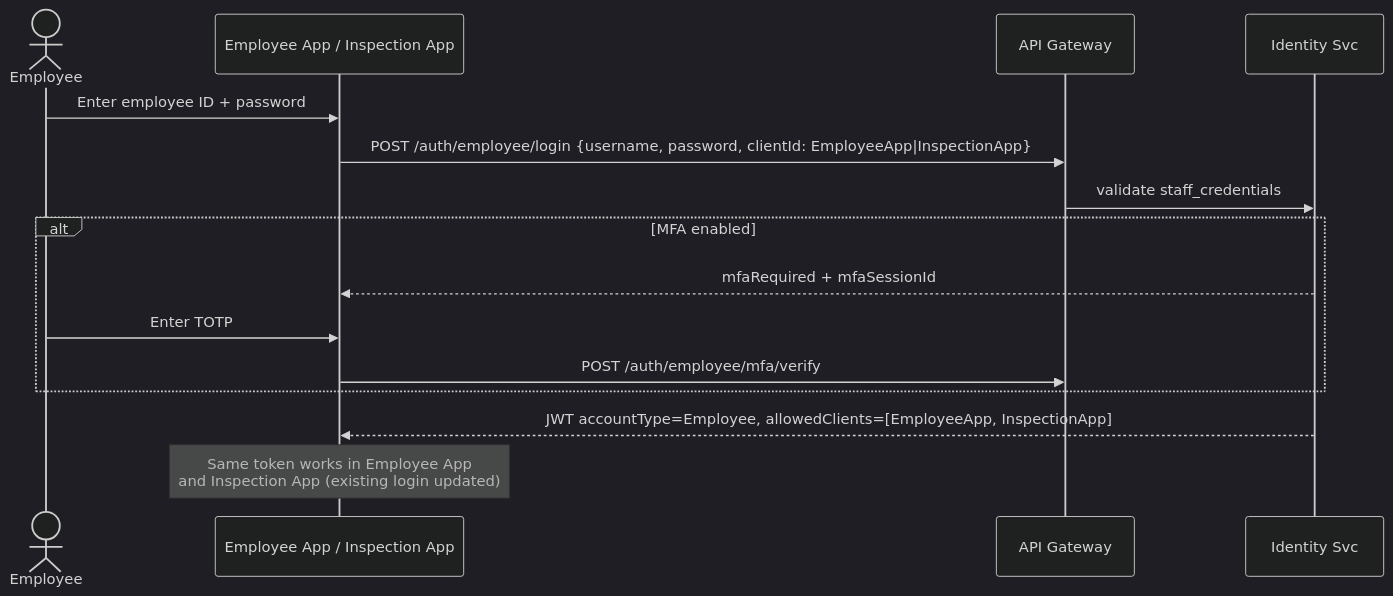
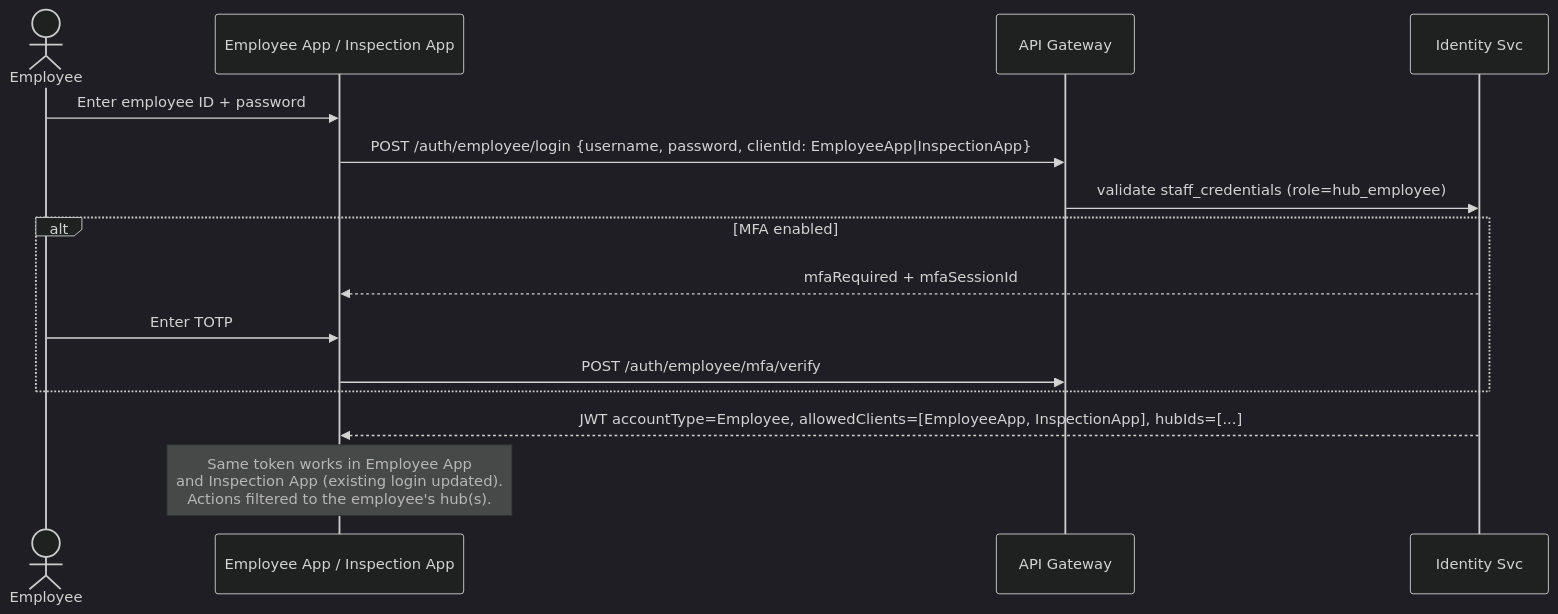
The fifth of 26 diagrams in Docs/Solution-Design-Document.md (NiladriPadhy/AssureCars), drawn with Mermaid (dark theme) before and after one commit. The commit also changed other lines of this file and 7 other files, not shown here.

Commit message:
docs: update README and API documentation to reflect version 2.0 changes, including hub-centric role hierarchy, commission rate capture during consignor onboarding, and updated access controls for Admin and Inspection Apps

````diff
--- a/Docs/Solution-Design-Document.md
+++ b/Docs/Solution-Design-Document.md
@@ -1257,18 +1303,18 @@
 ```mermaid
 sequenceDiagram
     actor E as Employee
     participant EA as Employee App / Inspection App
     participant GW as API Gateway
     participant ID as Identity Svc
 
     E->>EA: Enter employee ID + password
     EA->>GW: POST /auth/employee/login {username, password, clientId: EmployeeApp|InspectionApp}
-    GW->>ID: validate staff_credentials
+    GW->>ID: validate staff_credentials (role=hub_employee)
     alt MFA enabled
         ID-->>EA: mfaRequired + mfaSessionId
         E->>EA: Enter TOTP
         EA->>GW: POST /auth/employee/mfa/verify
     end
-    ID-->>EA: JWT accountType=Employee, allowedClients=[EmployeeApp, InspectionApp]
-    Note over EA: Same token works in Employee App<br/>and Inspection App (existing login updated)
+    ID-->>EA: JWT accountType=Employee, allowedClients=[EmployeeApp, InspectionApp], hubIds=[...]
+    Note over EA: Same token works in Employee App<br/>and Inspection App (existing login updated).<br/>Actions filtered to the employee's hub(s).
 ```
````
